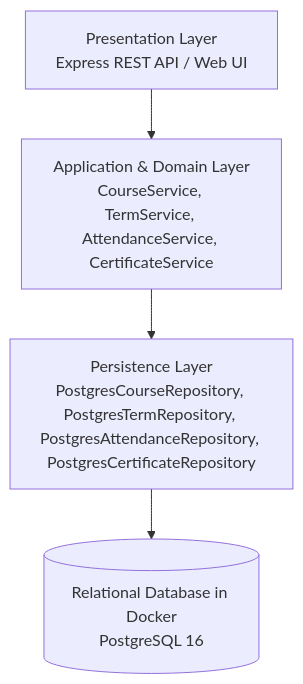
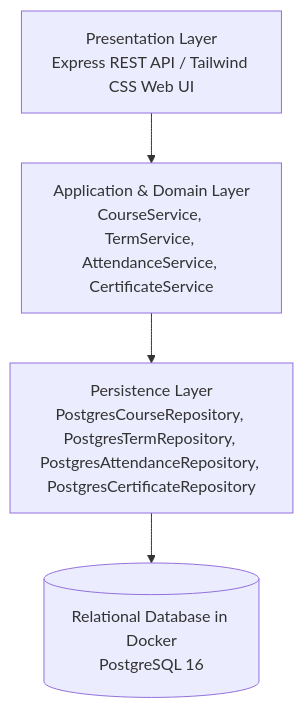
Before and after one commit to sifalma1/PPRO2026: the first of 4 diagrams in README.md, drawn with Mermaid. The commit also changed other lines of this file and 1 other file, not shown here.

````diff
--- a/README.md
+++ b/README.md
@@ -89,6 +160,6 @@
 ```mermaid
 graph TD
-    UI[Presentation Layer<br/>Express REST API / Web UI] --> APP[Application & Domain Layer<br/>CourseService, TermService, AttendanceService, CertificateService]
-    APP --> DATA[Persistence Layer<br/>PostgresCourseRepository, PostgresTermRepository, PostgresAttendanceRepository, PostgresCertificateRepository]
-    DATA --> DB[(Relational Database in Docker<br/>PostgreSQL 16)]
+    UI["Presentation Layer<br/>Express REST API / Tailwind CSS Web UI"] --> APP["Application & Domain Layer<br/>CourseService, TermService, AttendanceService, CertificateService"]
+    APP --> DATA["Persistence Layer<br/>PostgresCourseRepository, PostgresTermRepository, PostgresAttendanceRepository, PostgresCertificateRepository"]
+    DATA --> DB[("Relational Database in Docker<br/>PostgreSQL 16")]
 ```
````
